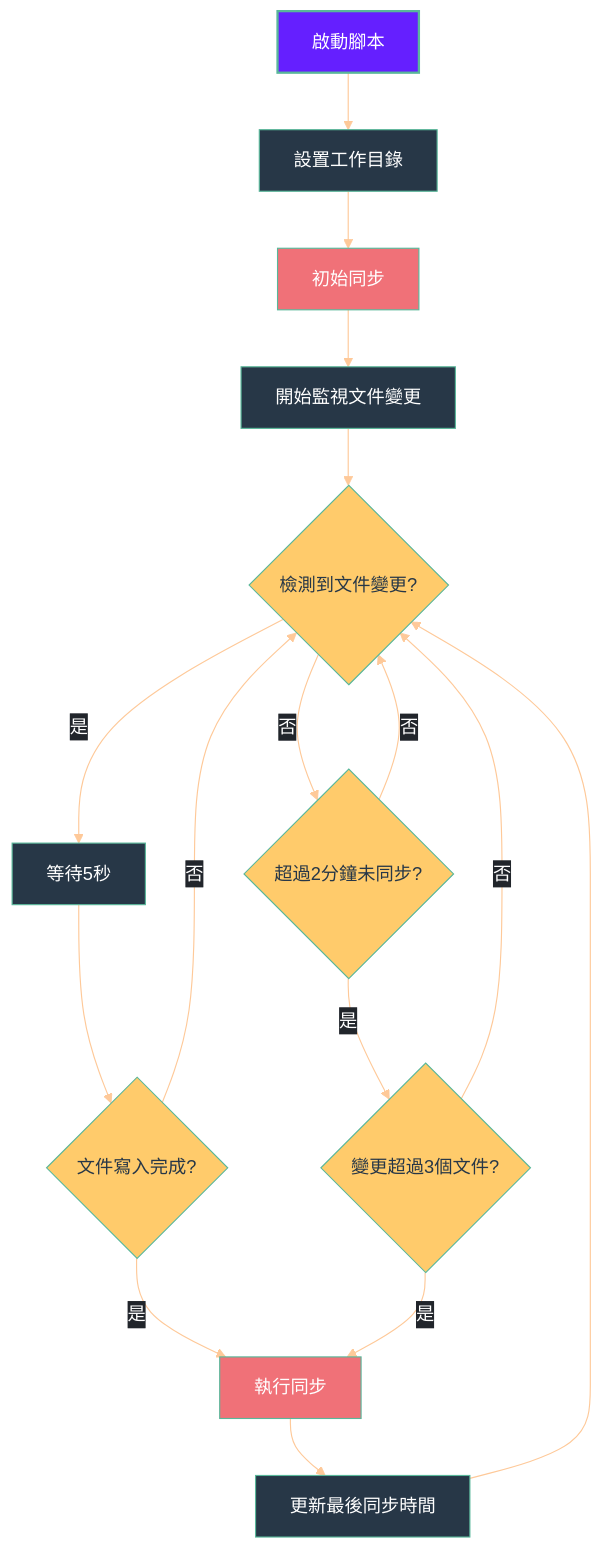
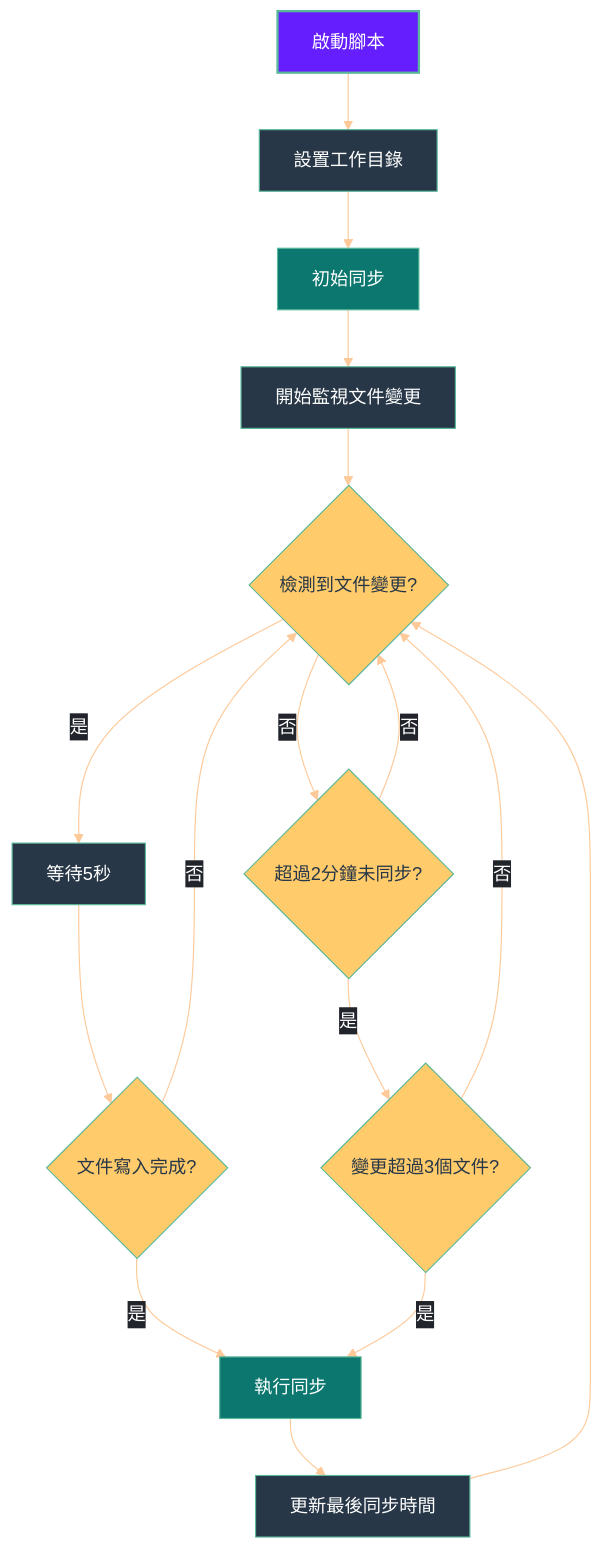
One commit to GengGeng026/Sync-Logseq changed the second of 2 diagrams in Logseq同步方案演進記錄.md. Above: the diagram before and after it, drawn with Mermaid.

Commit message:
Auto-sync: Wed Mar 26 10:26:57 +08 2025

````diff
--- a/Logseq同步方案演進記錄.md
+++ b/Logseq同步方案演進記錄.md
@@ -375,53 +375,53 @@
 ```mermaid
 %%{init: {
   'theme': 'base', 
   'themeVariables': {
     'primaryColor': '#19E9D9',
     'primaryTextColor': '#FFFFFF',
     'primaryBorderColor': '#59B79A',
     'lineColor': '#FEC999',
     'secondaryColor': '#FFCB6B',
     'tertiaryColor': '#F07178',
     'background': 'transparent',
     'textColor': '#EEFFFF',
     'mainBkg': '#273747',
     'nodeBorder': '#59B79A',
     'clusterBkg': 'transparent',
     'edgeLabelBackground': '#21252B'
   },
   'flowchart': {
     'curve': 'basis',
     'nodeSpacing': 50,
     'rankSpacing': 50,
     'padding': 15
   }
 }}%%
 flowchart TD
     %% 節點樣式優化
     classDef start fill:#651FFF,stroke:#59B79A,color:#FFFFFF,stroke-width:2px;
     classDef process fill:#19E9D,stroke:#59B79A,color:#FFFFFF,stroke-width:1px;
     classDef condition fill:#FFCB6B,stroke:#59B79A,color:#273747,stroke-width:1px,shape:diamond;
-    classDef action fill:#F07178,stroke:#59B79A,color:#FFFFFF,stroke-width:1px;
+    classDef action fill:#0B776F,stroke:#59B79A,color:#FFFFFF,stroke-width:1px;
     
     A[啟動腳本] --> B[設置工作目錄]
     B --> C[初始同步]
     C --> D[開始監視文件變更]
     D --> E{檢測到文件變更?}
     E -->|是| F[等待5秒]
     F --> G{文件寫入完成?}
     G -->|是| H[執行同步]
     G -->|否| E
     E -->|否| I{超過2分鐘未同步?}
     I -->|是| J{變更超過3個文件?}
     J -->|是| H
     J -->|否| E
     I -->|否| E
     H --> K[更新最後同步時間]
     K --> E
     
     %% 應用樣式
     class A start;
     class B,D,F,K process;
     class C,H action;
     class E,G,I,J condition;
 ```
````
